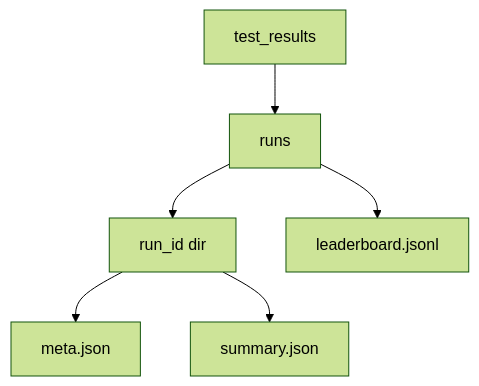
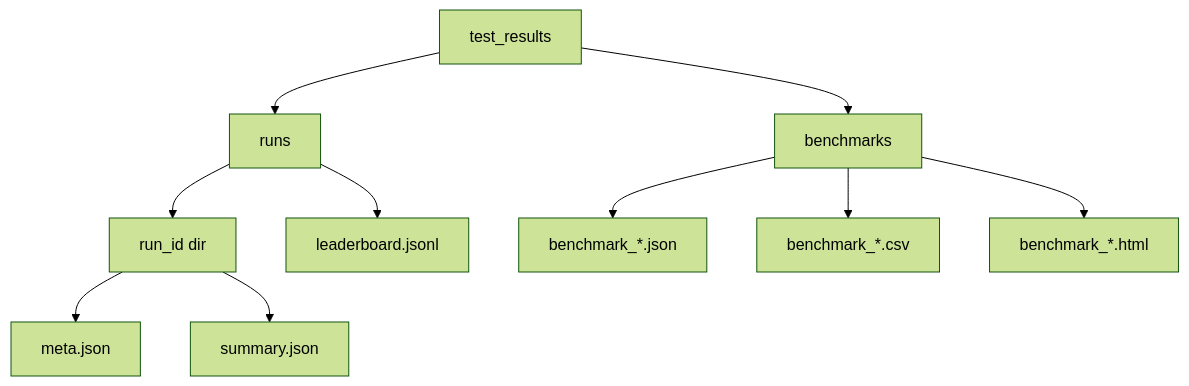
One commit to Paperni/Financer- changed the diagram in docs/HISTORICAL_LAB.md. Above: the diagram before and after it, drawn with Mermaid (forest theme). The commit also changed other lines of this file and 33 other files, not shown here.

````diff
--- a/docs/HISTORICAL_LAB.md
+++ b/docs/HISTORICAL_LAB.md
@@ -18,9 +35,13 @@
 ```mermaid
 flowchart TD
     testResults[test_results]
     testResults --> runs[runs]
     runs --> runId[run_id dir]
     runId --> meta[meta.json]
     runId --> summary[summary.json]
     runs --> leaderboard[leaderboard.jsonl]
+    testResults --> bench[benchmarks]
+    bench --> bjson[benchmark_*.json]
+    bench --> bcsv[benchmark_*.csv]
+    bench --> bhtml[benchmark_*.html]
 ```
````
